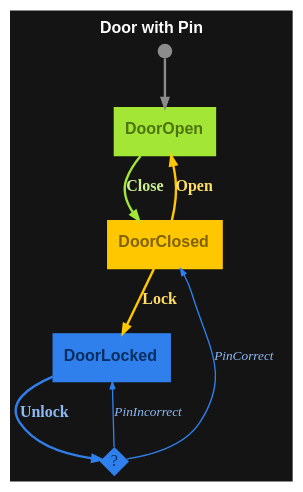
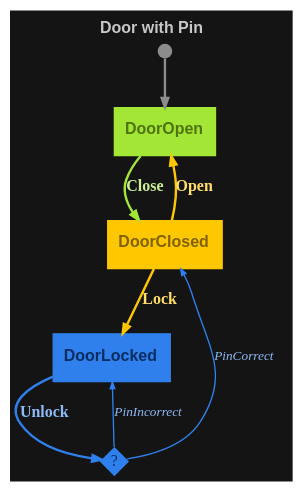
One commit to m-bock/purescript-transit changed the diagram in graphs/door-with-pin-dark.dot. Above: the diagram before and after it, drawn with Graphviz. The commit also changed 16 other files, not shown here.

Commit message:
Update README for improved clarity and consistency, enhancing descriptions of state machines and examples. Add new images and refine existing content to better illustrate concepts. Adjust graph themes for better visual representation in documentation.

```diff
--- a/graphs/door-with-pin-dark.dot
+++ b/graphs/door-with-pin-dark.dot
@@ -1,16 +1,16 @@
 digraph 
 {
-rankdir = "TD";fontname = "Arial";label = <<b>Door with Pin</b>>;labelloc = "t";fontsize = 12;bgcolor = "#141414";color = "#ffffff";fontcolor = "#ffffff"
+rankdir = "TD";fontname = "Arial";label = <<b>Door with Pin</b>>;labelloc = "t";fontsize = 12;bgcolor = "#141414";color = "#c8c8c8";fontcolor = "#c8c8c8"
 DoorOpen [shape = "box", label = <<b>DoorOpen</b>>, fontsize = 12, style = "filled", fillcolor = "#a3e635", fontcolor = "#4d740e", color = "#a3e635", fontname = "Arial", labelloc = "c", penwidth = 1.0]
 __Start__ [shape = "circle", label = "", width = 0.15, height = 0.15, fixedsize = true, style = "filled", fillcolor = "#8c8c8c", penwidth = 0.0]
 __Start__ -> DoorOpen [color = "#8c8c8c", fontsize = 12, arrowsize = "0.7", penwidth = 1.8]
 DoorOpen -> DoorClosed [color = "#a3e635", fontcolor = "#ccf190", fontsize = 12, arrowsize = "0.7", label = <<b>Close</b>>, penwidth = 1.8]
 DoorClosed [shape = "box", label = <<b>DoorClosed</b>>, fontsize = 12, style = "filled", fillcolor = "#ffc700", fontcolor = "#806300", color = "#ffc700", fontname = "Arial", labelloc = "c", penwidth = 1.0]
 DoorClosed -> DoorOpen [color = "#ffc700", fontcolor = "#ffdd66", fontsize = 12, arrowsize = "0.7", label = <<b>Open</b>>, penwidth = 1.8]
 DoorClosed -> DoorLocked [color = "#ffc700", fontcolor = "#ffdd66", fontsize = 12, arrowsize = "0.7", label = <<b>Lock</b>>, penwidth = 1.8]
 DoorLocked [shape = "box", label = <<b>DoorLocked</b>>, fontsize = 12, style = "filled", fillcolor = "#2f80ed", fontcolor = "#082e61", color = "#2f80ed", fontname = "Arial", labelloc = "c", penwidth = 1.0]
 decision_DoorLocked_Unlock [shape = "diamond", label = "?", fontsize = 12, fontcolor = "#082e61", style = "filled", fillcolor = "#2f80ed", penwidth = 0.0, fixedsize = true, width = 0.3, height = 0.3]
 DoorLocked -> decision_DoorLocked_Unlock [color = "#2f80ed", fontcolor = "#8db9f5", fontsize = 12, arrowsize = "0.7", label = <<b>Unlock</b>>, penwidth = 1.8]
 decision_DoorLocked_Unlock -> DoorLocked [color = "#2f80ed", fontcolor = "#8db9f5", fontsize = 10, arrowsize = "0.5", label = <<i>PinIncorrect</i>>, penwidth = 1.8, penwidth = 1.0]
 decision_DoorLocked_Unlock -> DoorClosed [color = "#2f80ed", fontcolor = "#8db9f5", fontsize = 10, arrowsize = "0.5", label = <<i>PinCorrect</i>>, penwidth = 1.8, penwidth = 1.0]
 }
```
